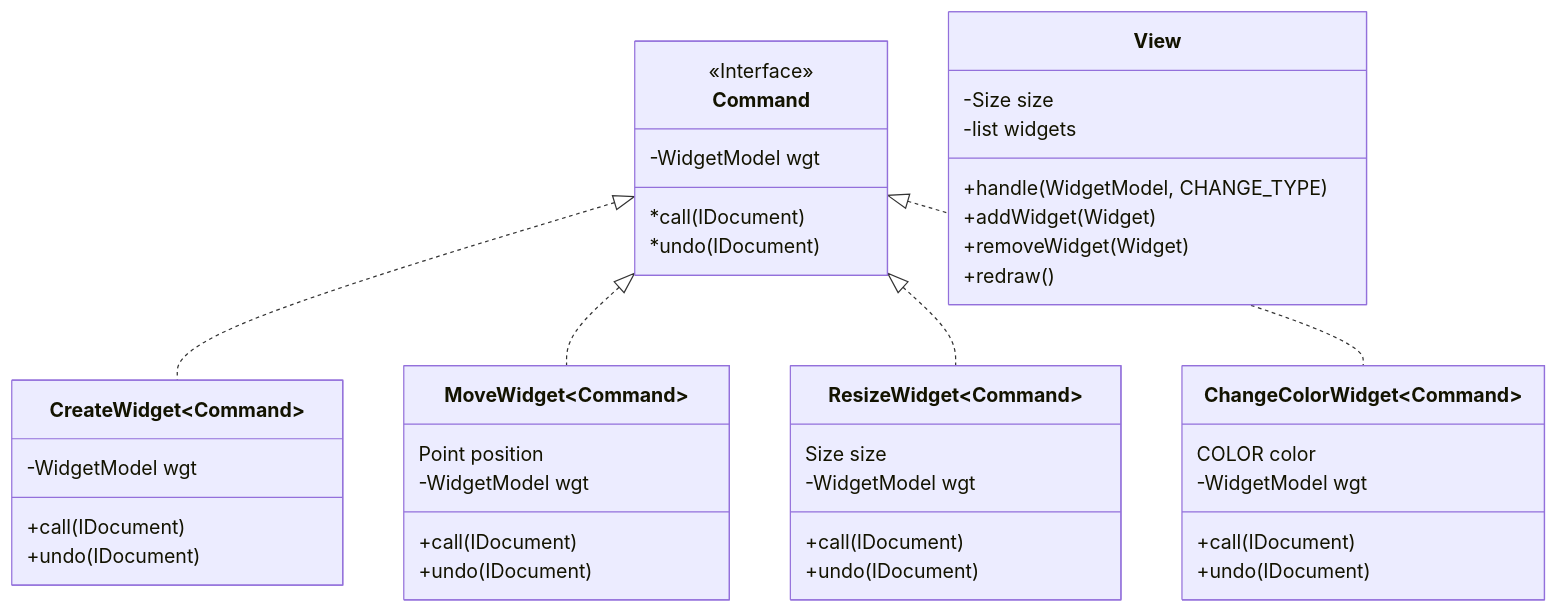
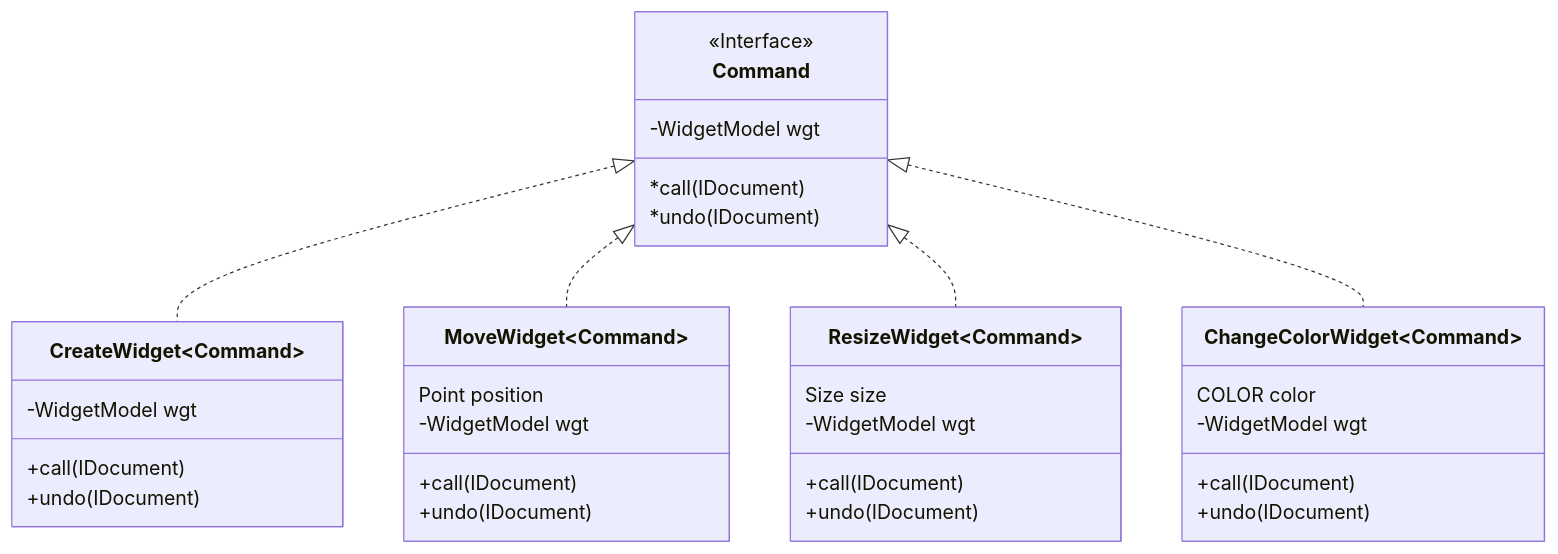
One commit to camper81/graphic_editor changed the second of 4 diagrams in README.md. Above: the diagram before and after it, drawn with Mermaid.

Commit message:
Changed class diagram

````diff
--- a/README.md
+++ b/README.md
@@ -45,50 +45,43 @@
 ```mermaid
 classDiagram
 class Command {
     <<Interface>>
     -WidgetModel wgt
     *call(IDocument)
     *undo(IDocument)
 }
 
 class CreateWidget~Command~ {
     -WidgetModel wgt
     +call(IDocument)
     +undo(IDocument)
 }
 
 class MoveWidget~Command~ {
     Point position
     -WidgetModel wgt
     +call(IDocument)
     +undo(IDocument)
 }
 
 class ResizeWidget~Command~ {
     Size size
     -WidgetModel wgt
     +call(IDocument)
     +undo(IDocument)
 }
 
 class ChangeColorWidget~Command~ {
     COLOR color
     -WidgetModel wgt
     +call(IDocument)
     +undo(IDocument)
 }
 
 Command <|.. CreateWidget
 Command <|.. MoveWidget
 Command <|.. ResizeWidget
 Command <|.. ChangeColorWidget
 
-class View {
-    -Size size
-    -list<Widget> widgets
-    +handle(WidgetModel, CHANGE_TYPE)
-    +addWidget(Widget)
-    +removeWidget(Widget)
-    +redraw()
-}
+
 ```
````
